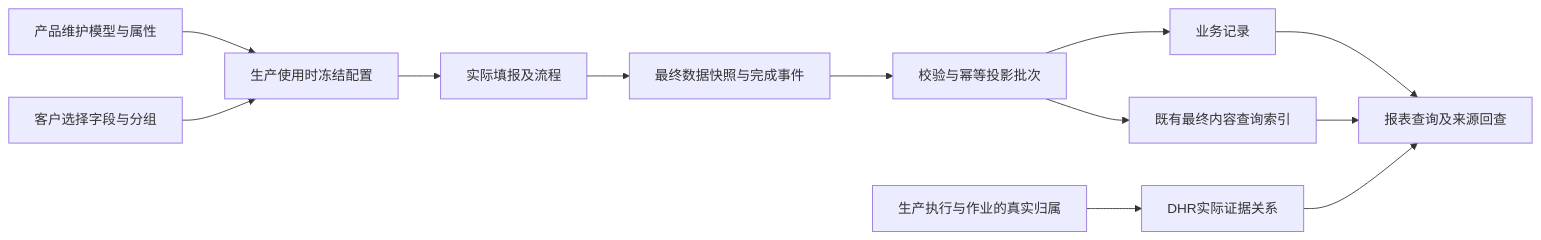
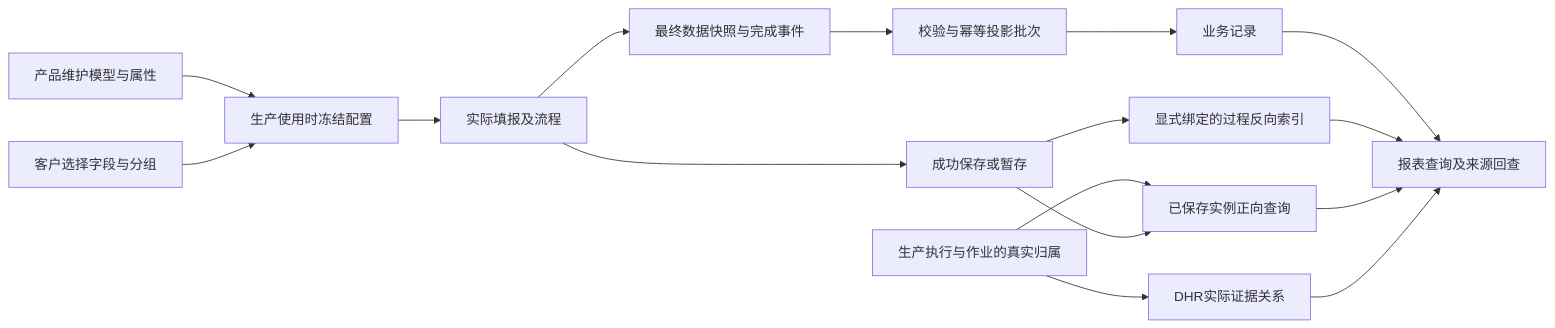
The diagram in docs/architecture/form-traceability-projection-design.md (IvenYi/edhr-nexus-frontend), drawn with Mermaid before and after one commit. The commit also changed other lines of this file and 32 other files, not shown here.

````diff
--- a/docs/architecture/form-traceability-projection-design.md
+++ b/docs/architecture/form-traceability-projection-design.md
@@ -318,14 +318,18 @@
 ```mermaid
 flowchart LR
   A[产品维护模型与属性] --> C[生产使用时冻结配置]
   B[客户选择字段与分组] --> C
   C --> D[实际填报及流程]
+  D --> S[成功保存或暂存]
+  S --> H[显式绑定的过程反向索引]
   D --> E[最终数据快照与完成事件]
   E --> F[校验与幂等投影批次]
   F --> G[业务记录]
-  F --> H[既有最终内容查询索引]
   G --> I[报表查询及来源回查]
   H --> I
   J[生产执行与作业的真实归属] --> K[DHR实际证据关系]
+  J --> L[已保存实例正向查询]
+  S --> L
+  L --> I
   K --> I
 ```
````
